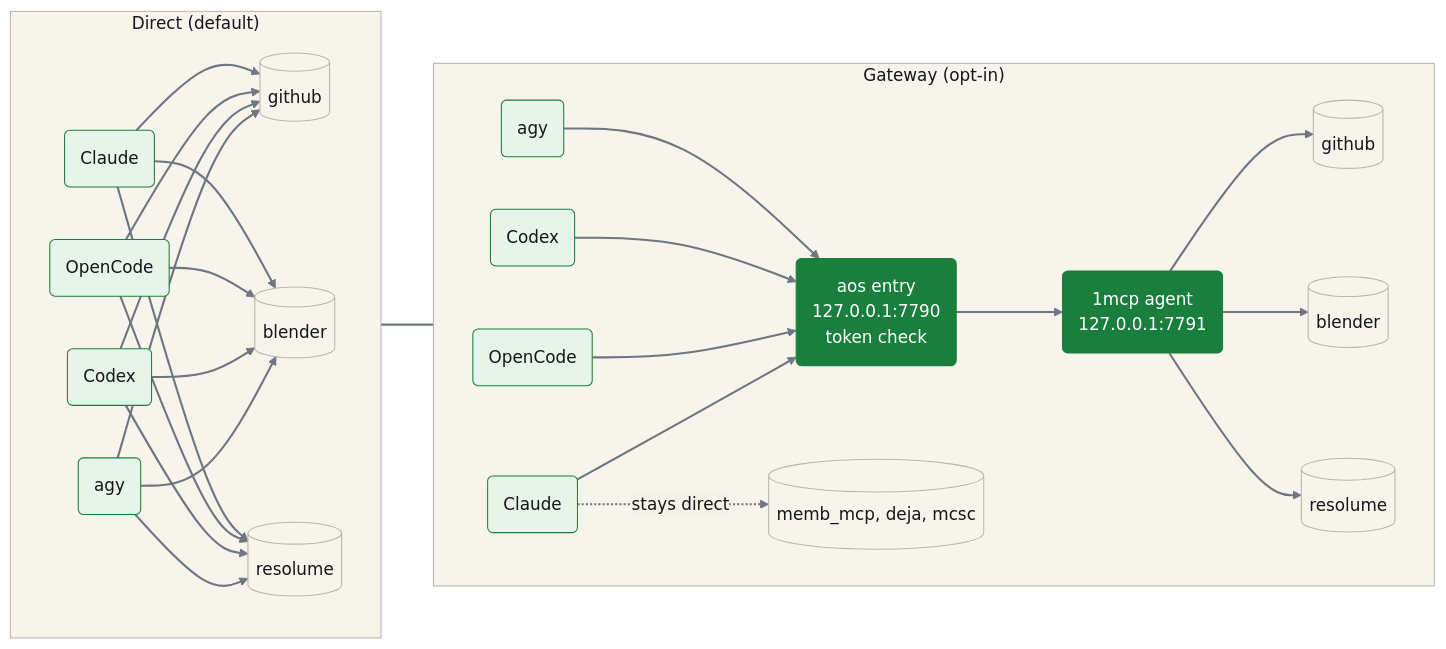
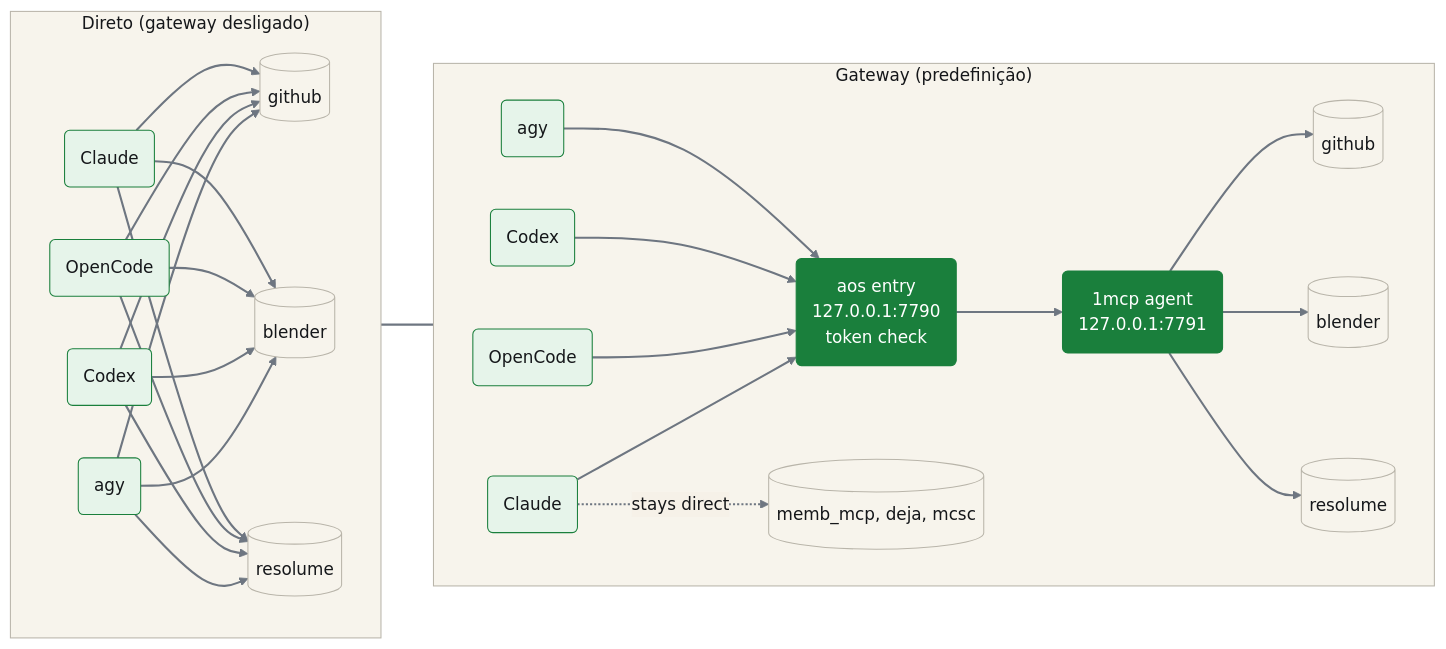
One commit to hybridlabor-api/aos changed the seventh of 11 diagrams in README.pt.md. Above: the diagram before and after it, drawn with Mermaid. The commit also changed other lines of this file and 1 other file, not shown here.

````diff
--- a/README.pt.md
+++ b/README.pt.md
@@ -763,31 +847,31 @@
 ```mermaid
 %%{init: {"theme": "base", "themeVariables": {"lineColor": "#6e7681", "edgeLabelBackground": "#f6f1e8", "textColor": "#15171A", "clusterBkg": "#F7F4EC", "clusterBorder": "#B9B5AA", "titleColor": "#15171A", "primaryColor": "#FFFFFF", "primaryBorderColor": "#15171A", "primaryTextColor": "#15171A"}}}%%
 flowchart LR
-    subgraph D["Direct (default)"]
+    subgraph D["Direto (gateway desligado)"]
         direction LR
         H1("Claude") --> S1[("github")] & S2[("blender")] & S3[("resolume")]
         H2("OpenCode") --> S1 & S2 & S3
         H3("Codex") --> S1 & S2 & S3
         H4("agy") --> S1 & S2 & S3
     end
-    subgraph G["Gateway (opt-in)"]
+    subgraph G["Gateway (predefinição)"]
         direction LR
         G1("Claude") & G2("OpenCode") & G3("Codex") & G4("agy") --> F("aos entry<br/>127.0.0.1:7790<br/>token check")
         F --> M("1mcp agent<br/>127.0.0.1:7791") --> U1[("github")] & U2[("blender")] & U3[("resolume")]
         G1 -.->|"stays direct"| X[("memb_mcp, deja, mcsc")]
     end
     D ~~~ G
 
     classDef plan fill:#E6F4EA,stroke:#1A7F3C,color:#15171A
     classDef build fill:#FFFFFF,stroke:#15171A,color:#15171A
     classDef gate fill:#1A7F3C,stroke:#1A7F3C,color:#FFFFFF
     classDef human fill:#F7F4EC,stroke:#5B6168,color:#15171A
     classDef store fill:#F7F4EC,stroke:#B9B5AA,color:#15171A
     linkStyle default stroke:#6e7681,stroke-width:2px
 
     class H1,H2,H3,H4,G1,G2,G3,G4 plan
     class S1,S2,S3,U1,U2,U3,X store
     class F,M gate
     style D fill:#F7F4EC,stroke:#B9B5AA,color:#15171A
     style G fill:#F7F4EC,stroke:#B9B5AA,color:#15171A
 ```
````
